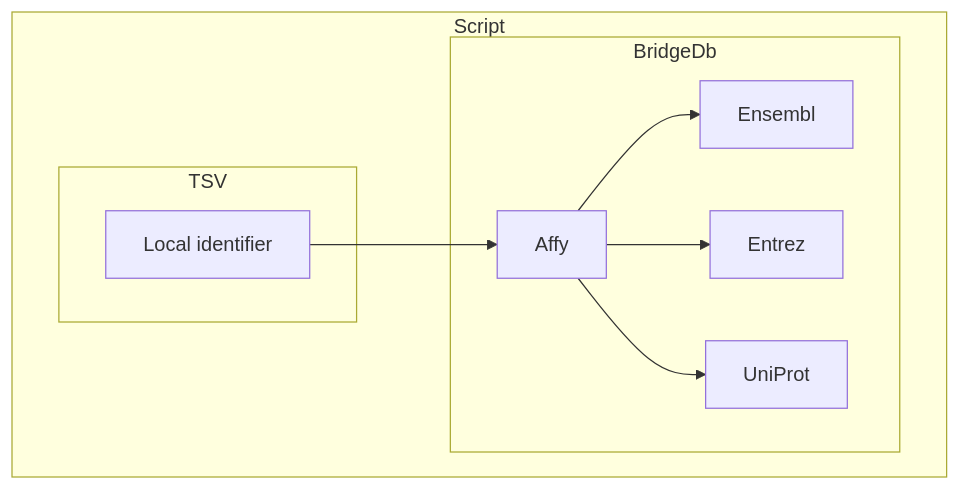
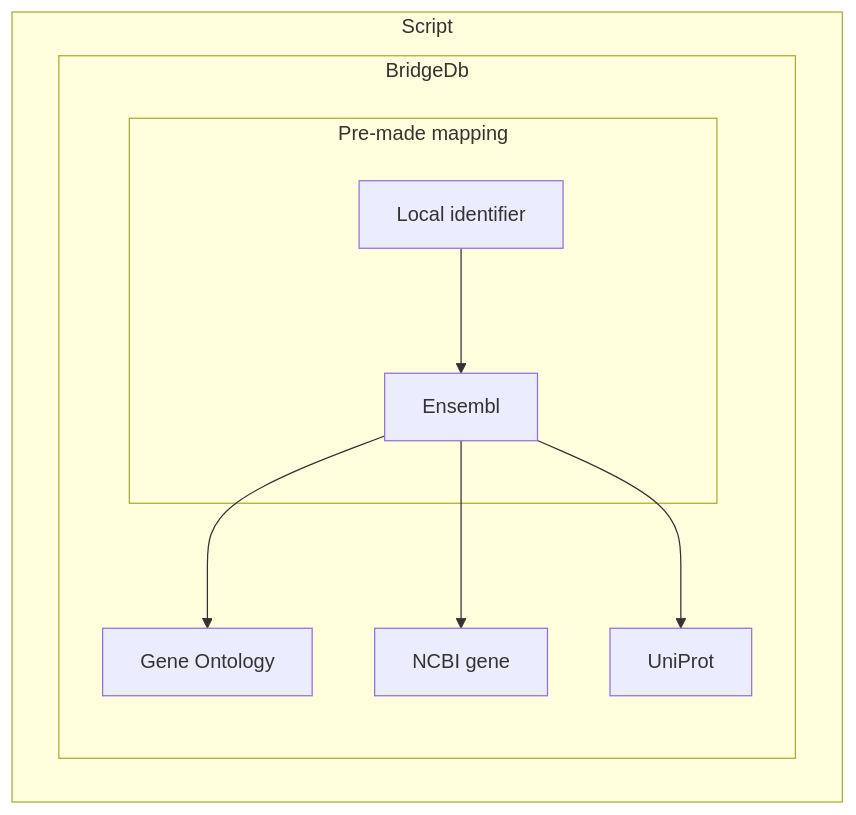
The second of 3 diagrams in docs/content/recipes/interoperability/bridgedb-recipe.md (FAIRplus/the-fair-cookbook), drawn with Mermaid before and after one commit. The commit also changed other lines of this file, not shown here.

````diff
--- a/docs/content/recipes/interoperability/bridgedb-recipe.md
+++ b/docs/content/recipes/interoperability/bridgedb-recipe.md
@@ -97,16 +237,15 @@
-<div class="mermaid">
+```mermaid
 
-    flowchart TB 
+    graph TB 
       subgraph Script
+
           subgraph BridgeDb
-              B[Affy]-->E[Ensembl]
-              B[Affy]-->F[Entrez]
+              B[Affy]-->E[Gene Ontology]
+              B[Affy]-->F[NCBI gene]
               B[Affy] --> H[UniProt]
+          subgraph Pre-made mapping
+            A[Local identifier]-->B[Ensembl]
           end
-          subgraph TSV
-            A[Local identifier]-->B[Affy]
           end
         end
-    
- 
-</div>
+```
````
